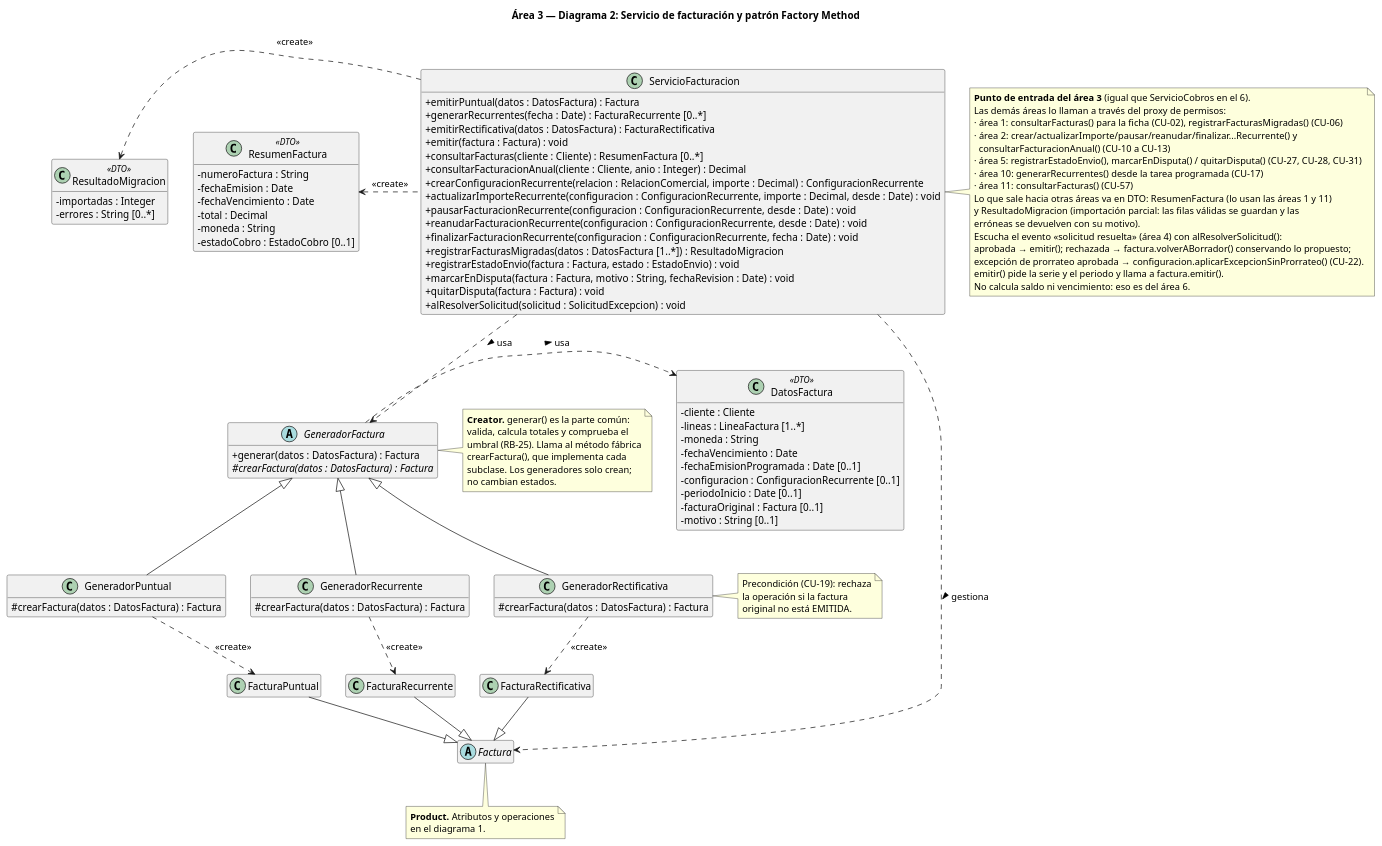
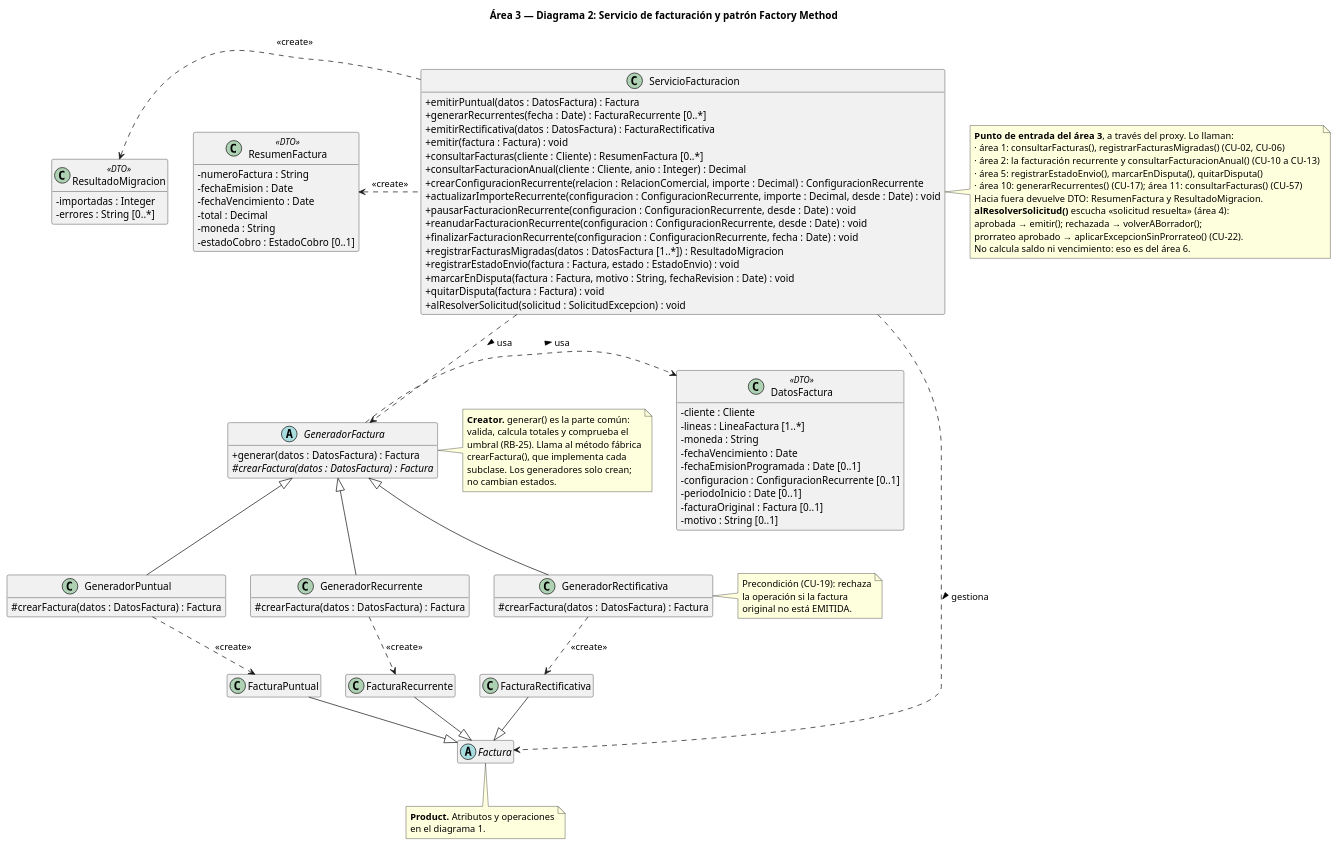
The diagram in Entrega2_GrupoBebes/entrega2/diagramas/clases/area03/area3_2_factory_method.puml (naybetaomar/AyDA-ProyectoBebes), drawn with PlantUML before and after one commit. The commit also changed 98 other files, not shown here.

Commit message:
Ajuste de los diagramas de secuencia, generacion de imagenes para el PDF

```diff
--- a/Entrega2_GrupoBebes/entrega2/diagramas/clases/area03/area3_2_factory_method.puml
+++ b/Entrega2_GrupoBebes/entrega2/diagramas/clases/area03/area3_2_factory_method.puml
@@ -1,132 +1,126 @@
 @startuml area3_2_factory_method
 skinparam classAttributeIconSize 0
 hide empty members
 title Área 3 — Diagrama 2: Servicio de facturación y patrón Factory Method
 
 class ServicioFacturacion {
   + emitirPuntual(datos : DatosFactura) : Factura
   + generarRecurrentes(fecha : Date) : FacturaRecurrente [0..*]
   + emitirRectificativa(datos : DatosFactura) : FacturaRectificativa
   + emitir(factura : Factura) : void
   + consultarFacturas(cliente : Cliente) : ResumenFactura [0..*]
   + consultarFacturacionAnual(cliente : Cliente, anio : Integer) : Decimal
   + crearConfiguracionRecurrente(relacion : RelacionComercial, importe : Decimal) : ConfiguracionRecurrente
   + actualizarImporteRecurrente(configuracion : ConfiguracionRecurrente, importe : Decimal, desde : Date) : void
   + pausarFacturacionRecurrente(configuracion : ConfiguracionRecurrente, desde : Date) : void
   + reanudarFacturacionRecurrente(configuracion : ConfiguracionRecurrente, desde : Date) : void
   + finalizarFacturacionRecurrente(configuracion : ConfiguracionRecurrente, fecha : Date) : void
   + registrarFacturasMigradas(datos : DatosFactura [1..*]) : ResultadoMigracion
   + registrarEstadoEnvio(factura : Factura, estado : EstadoEnvio) : void
   + marcarEnDisputa(factura : Factura, motivo : String, fechaRevision : Date) : void
   + quitarDisputa(factura : Factura) : void
   + alResolverSolicitud(solicitud : SolicitudExcepcion) : void
 }
 
 abstract class GeneradorFactura {
   + generar(datos : DatosFactura) : Factura
   # {abstract} crearFactura(datos : DatosFactura) : Factura
 }
 class GeneradorPuntual {
   # crearFactura(datos : DatosFactura) : Factura
 }
 class GeneradorRecurrente {
   # crearFactura(datos : DatosFactura) : Factura
 }
 class GeneradorRectificativa {
   # crearFactura(datos : DatosFactura) : Factura
 }
 
 class DatosFactura <<DTO>> {
   - cliente : Cliente
   - lineas : LineaFactura [1..*]
   - moneda : String
   - fechaVencimiento : Date
   - fechaEmisionProgramada : Date [0..1]
   - configuracion : ConfiguracionRecurrente [0..1]
   - periodoInicio : Date [0..1]
   - facturaOriginal : Factura [0..1]
   - motivo : String [0..1]
 }
 
 class ResumenFactura <<DTO>> {
   - numeroFactura : String
   - fechaEmision : Date
   - fechaVencimiento : Date
   - total : Decimal
   - moneda : String
   - estadoCobro : EstadoCobro [0..1]
 }
 
 class ResultadoMigracion <<DTO>> {
   - importadas : Integer
   - errores : String [0..*]
 }
 
 ServicioFacturacion .left.> ResumenFactura : <<create>>
 ServicioFacturacion .left.> ResultadoMigracion : <<create>>
 
 ' Productos (definidos en el diagrama 1)
 abstract class Factura
 class FacturaPuntual
 class FacturaRecurrente
 class FacturaRectificativa
 
 ServicioFacturacion .down.> GeneradorFactura : usa >
 ServicioFacturacion .down.> Factura : gestiona >
 
 GeneradorFactura <|-- GeneradorPuntual
 GeneradorFactura <|-- GeneradorRecurrente
 GeneradorFactura <|-- GeneradorRectificativa
 GeneradorPuntual -[hidden]right- GeneradorRecurrente
 GeneradorRecurrente -[hidden]right- GeneradorRectificativa
 
 Factura <|-up- FacturaPuntual
 Factura <|-up- FacturaRecurrente
 Factura <|-up- FacturaRectificativa
 FacturaPuntual -[hidden]right- FacturaRecurrente
 FacturaRecurrente -[hidden]right- FacturaRectificativa
 
 GeneradorFactura .right.> DatosFactura : usa >
 GeneradorPuntual .down.> FacturaPuntual : <<create>>
 GeneradorRecurrente .down.> FacturaRecurrente : <<create>>
 GeneradorRectificativa .down.> FacturaRectificativa : <<create>>
 
 note right of ServicioFacturacion
-  **Punto de entrada del área 3** (igual que ServicioCobros en el 6).
-  Las demás áreas lo llaman a través del proxy de permisos:
-  · área 1: consultarFacturas() para la ficha (CU-02), registrarFacturasMigradas() (CU-06)
-  · área 2: crear/actualizarImporte/pausar/reanudar/finalizar...Recurrente() y
-    consultarFacturacionAnual() (CU-10 a CU-13)
-  · área 5: registrarEstadoEnvio(), marcarEnDisputa() / quitarDisputa() (CU-27, CU-28, CU-31)
-  · área 10: generarRecurrentes() desde la tarea programada (CU-17)
-  · área 11: consultarFacturas() (CU-57)
-  Lo que sale hacia otras áreas va en DTO: ResumenFactura (lo usan las áreas 1 y 11)
-  y ResultadoMigracion (importación parcial: las filas válidas se guardan y las
-  erróneas se devuelven con su motivo).
-  Escucha el evento «solicitud resuelta» (área 4) con alResolverSolicitud():
-  aprobada → emitir(); rechazada → factura.volverABorrador() conservando lo propuesto;
-  excepción de prorrateo aprobada → configuracion.aplicarExcepcionSinProrrateo() (CU-22).
-  emitir() pide la serie y el periodo y llama a factura.emitir().
+  **Punto de entrada del área 3**, a través del proxy. Lo llaman:
+  · área 1: consultarFacturas(), registrarFacturasMigradas() (CU-02, CU-06)
+  · área 2: la facturación recurrente y consultarFacturacionAnual() (CU-10 a CU-13)
+  · área 5: registrarEstadoEnvio(), marcarEnDisputa(), quitarDisputa()
+  · área 10: generarRecurrentes() (CU-17); área 11: consultarFacturas() (CU-57)
+  Hacia fuera devuelve DTO: ResumenFactura y ResultadoMigracion.
+  **alResolverSolicitud()** escucha «solicitud resuelta» (área 4):
+  aprobada → emitir(); rechazada → volverABorrador();
+  prorrateo aprobado → aplicarExcepcionSinProrrateo() (CU-22).
   No calcula saldo ni vencimiento: eso es del área 6.
 end note
 
 note left of GeneradorFactura
   **Creator.** generar() es la parte común:
   valida, calcula totales y comprueba el
   umbral (RB-25). Llama al método fábrica
   crearFactura(), que implementa cada
   subclase. Los generadores solo crean;
   no cambian estados.
 end note
 
 note right of GeneradorRectificativa
   Precondición (CU-19): rechaza
   la operación si la factura
   original no está EMITIDA.
 end note
 
 note bottom of Factura
   **Product.** Atributos y operaciones
   en el diagrama 1.
 end note
 @enduml
```
